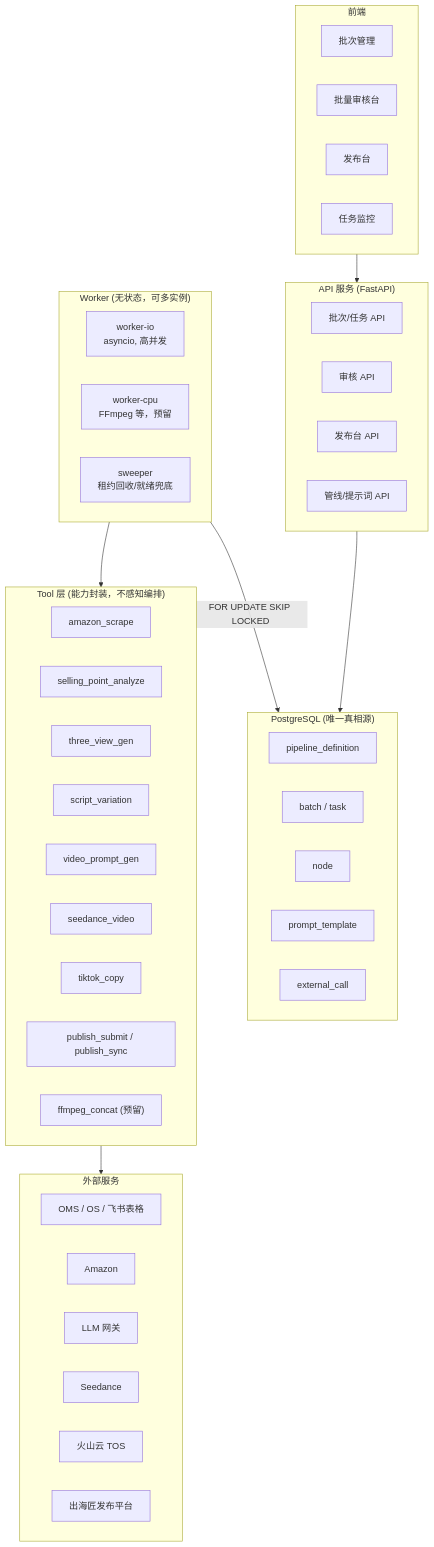
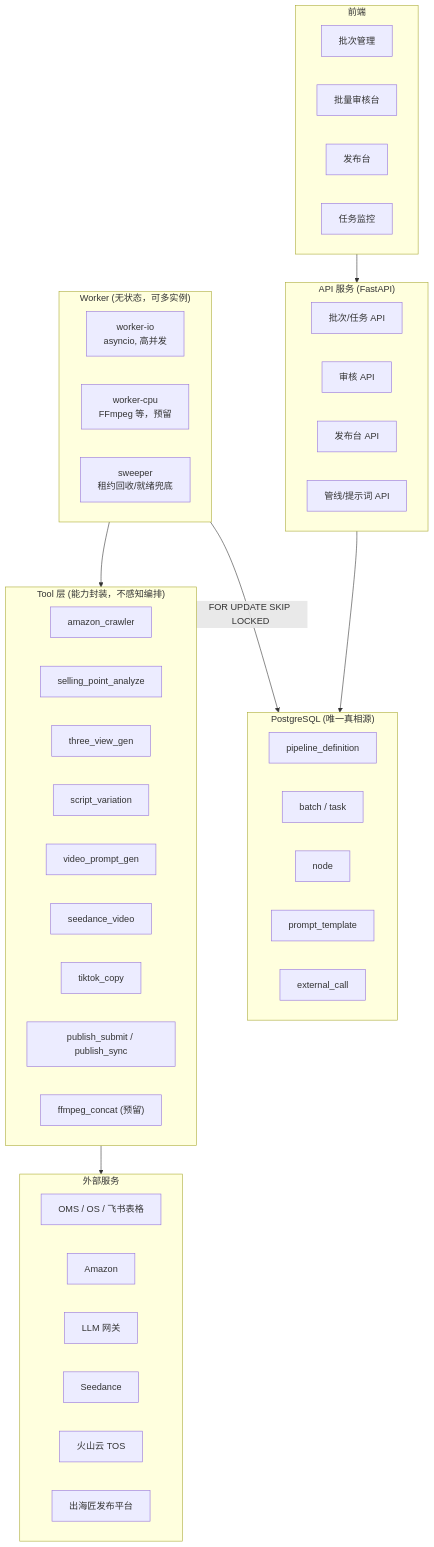
One commit to logzh519/lancha-ai-studio changed the first of 3 diagrams in docs/history/架构设计-V1.0.0.md. Above: the diagram before and after it, drawn with Mermaid. The commit also changed other lines of this file and 9 other files, not shown here.

Commit message:
refactor(tiktok_studio): amazon_scrape 改名为 amazon_crawler，同步文档与 Tool 重试规则

````diff
--- a/docs/history/架构设计-V1.0.0.md
+++ b/docs/history/架构设计-V1.0.0.md
@@ -140,57 +140,57 @@
 ```mermaid
 flowchart TB
     subgraph Client["前端"]
         UI_BATCH["批次管理"]
         UI_REVIEW["批量审核台"]
         UI_PUBLISH["发布台"]
         UI_MONITOR["任务监控"]
     end
 
     subgraph API["API 服务 (FastAPI)"]
         A_BATCH["批次/任务 API"]
         A_REVIEW["审核 API"]
         A_PUBLISH["发布台 API"]
         A_PIPE["管线/提示词 API"]
     end
 
     subgraph DB["PostgreSQL (唯一真相源)"]
         T1["pipeline_definition"]
         T2["batch / task"]
         T3["node"]
         T4["prompt_template"]
         T5["external_call"]
     end
 
     subgraph Workers["Worker (无状态，可多实例)"]
         W_IO["worker-io<br/>asyncio, 高并发"]
         W_CPU["worker-cpu<br/>FFmpeg 等，预留"]
         W_SWEEP["sweeper<br/>租约回收/就绪兜底"]
     end
 
     subgraph Tools["Tool 层 (能力封装，不感知编排)"]
-        TL1["amazon_scrape"]
+        TL1["amazon_crawler"]
         TL1B["selling_point_analyze"]
         TL2["three_view_gen"]
         TL3["script_variation"]
         TL4["video_prompt_gen"]
         TL5["seedance_video"]
         TL6["tiktok_copy"]
         TL7["publish_submit / publish_sync"]
         TL8["ffmpeg_concat (预留)"]
     end
 
     subgraph External["外部服务"]
         E1["OMS / OS / 飞书表格"]
         E2["Amazon"]
         E3["LLM 网关"]
         E4["Seedance"]
         E5["火山云 TOS"]
         E6["出海匠发布平台"]
     end
 
     Client --> API
     API --> DB
     Workers -->|"FOR UPDATE SKIP LOCKED"| DB
     Workers --> Tools
     Tools --> External
 ```
````
